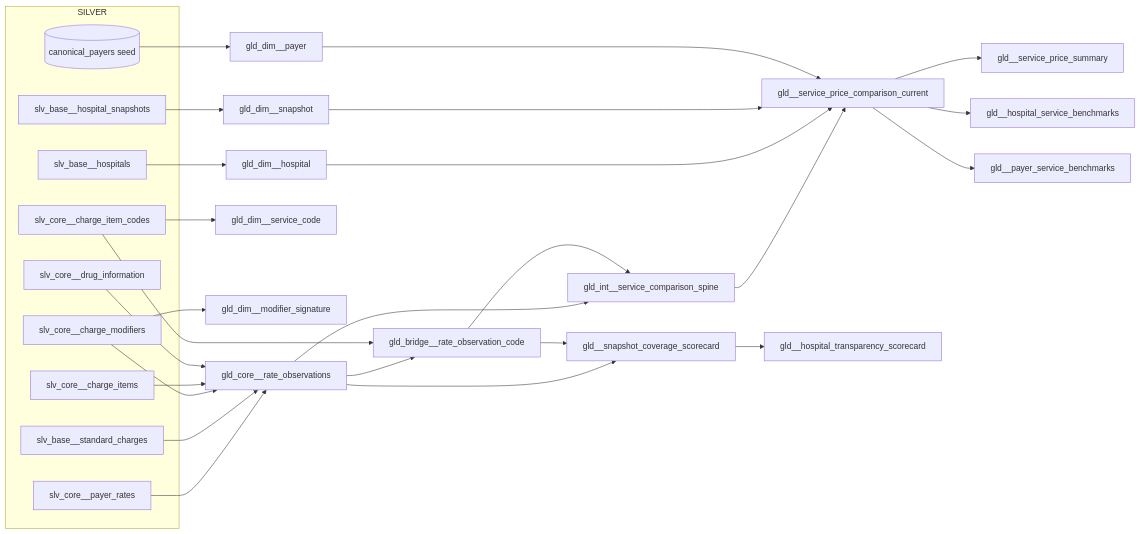
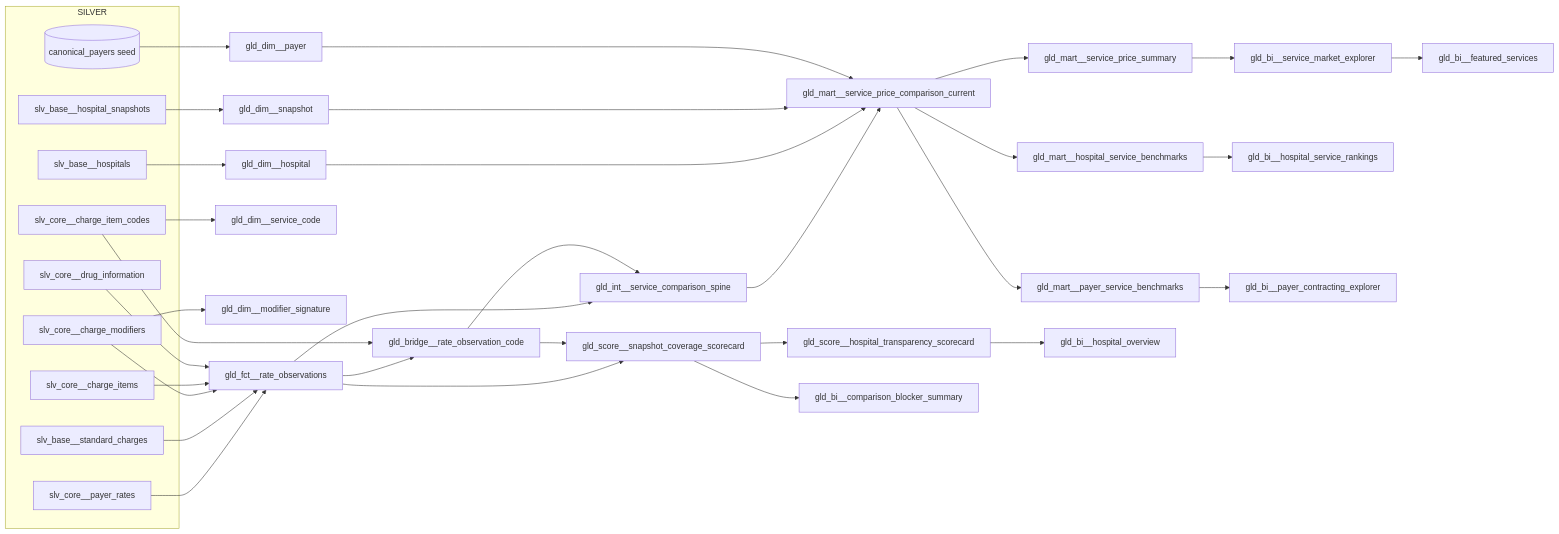
The diagram in docs/architecture/gold-schema.md (jakegussler/hospital-price-transparency-analytics), drawn with Mermaid before and after one commit. The commit also changed other lines of this file and 6 other files, not shown here.

````diff
--- a/docs/architecture/gold-schema.md
+++ b/docs/architecture/gold-schema.md
@@ -19,44 +19,51 @@
 ```mermaid
 flowchart LR
   subgraph SILVER
     PR[slv_core__payer_rates]
     SC[slv_base__standard_charges]
     CIC[slv_core__charge_item_codes]
     CI[slv_core__charge_items]
     CM[slv_core__charge_modifiers]
     DI[slv_core__drug_information]
     H[slv_base__hospitals]
     HS[slv_base__hospital_snapshots]
     CP[(canonical_payers seed)]
   end
 
   H --> DH[gld_dim__hospital]
   HS --> DS[gld_dim__snapshot]
   CP --> DP[gld_dim__payer]
   CIC --> DC[gld_dim__service_code]
   CM --> DM[gld_dim__modifier_signature]
 
-  PR --> F[gld_core__rate_observations]
+  PR --> F[gld_fct__rate_observations]
   SC --> F
   CM --> F
   CI --> F
   DI --> F
 
   F --> BR[gld_bridge__rate_observation_code]
   CIC --> BR
 
   F --> SPINE[gld_int__service_comparison_spine]
   BR --> SPINE
-  SPINE --> MART[gld__service_price_comparison_current]
+  SPINE --> MART[gld_mart__service_price_comparison_current]
   DH --> MART
   DS --> MART
   DP --> MART
 
-  MART --> SUM[gld__service_price_summary]
-  MART --> HB[gld__hospital_service_benchmarks]
-  MART --> PB[gld__payer_service_benchmarks]
+  MART --> SUM[gld_mart__service_price_summary]
+  MART --> HB[gld_mart__hospital_service_benchmarks]
+  MART --> PB[gld_mart__payer_service_benchmarks]
 
-  F --> COV[gld__snapshot_coverage_scorecard]
+  F --> COV[gld_score__snapshot_coverage_scorecard]
   BR --> COV
-  COV --> HSCORE[gld__hospital_transparency_scorecard]
+  COV --> HSCORE[gld_score__hospital_transparency_scorecard]
+
+  SUM --> BI_SERVICE[gld_bi__service_market_explorer]
+  HB --> BI_HOSP_SERVICE[gld_bi__hospital_service_rankings]
+  PB --> BI_PAYER[gld_bi__payer_contracting_explorer]
+  HSCORE --> BI_HOSP[gld_bi__hospital_overview]
+  COV --> BI_BLOCKERS[gld_bi__comparison_blocker_summary]
+  BI_SERVICE --> BI_FEATURED[gld_bi__featured_services]
 ```
````
